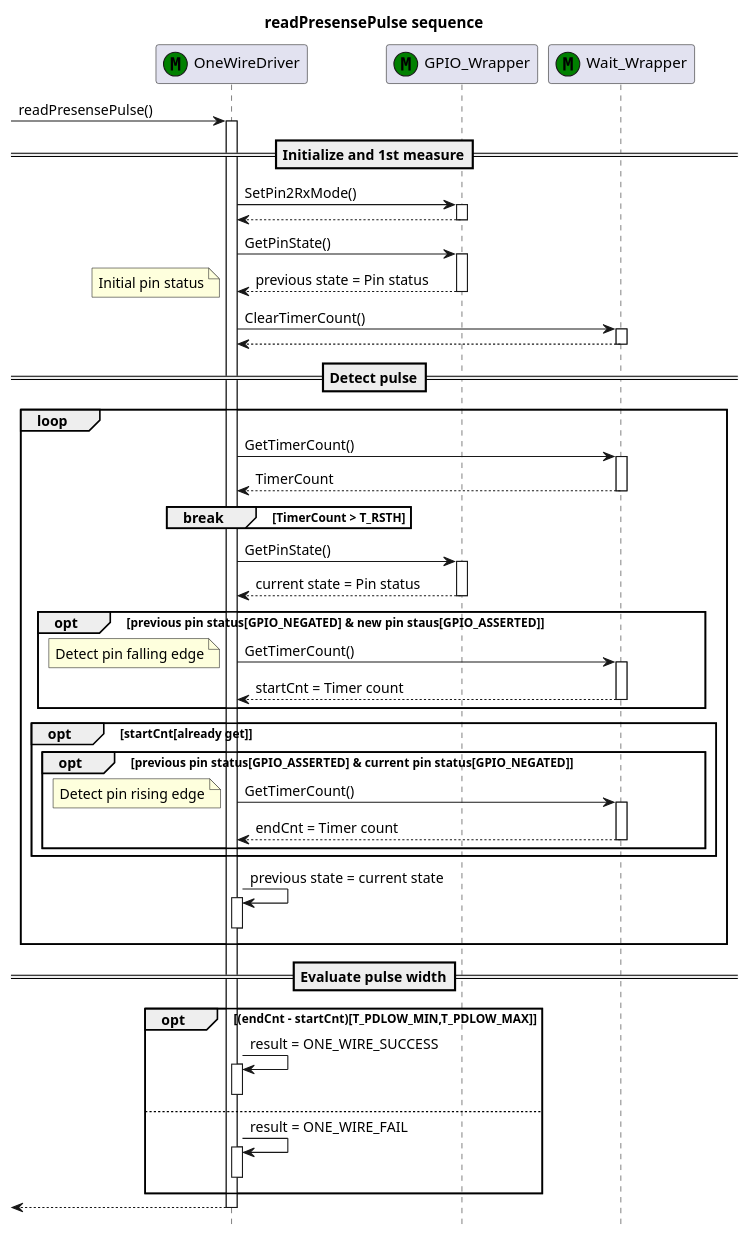
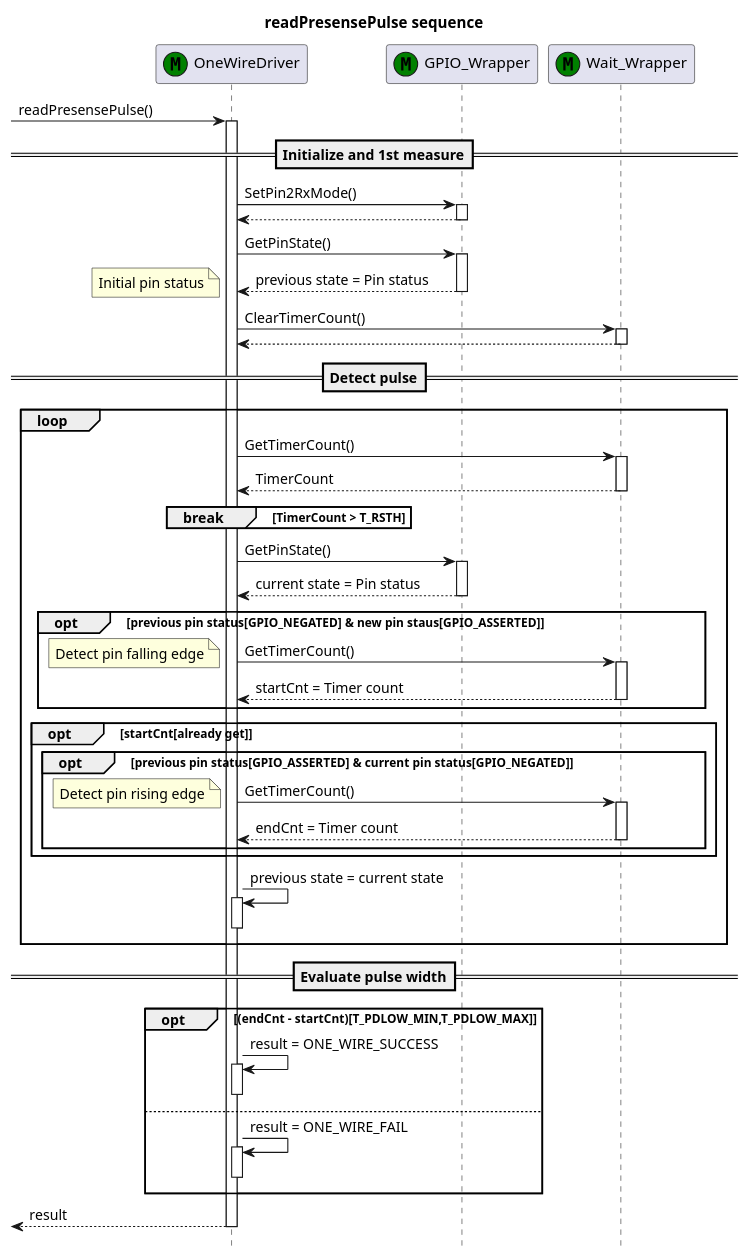
One commit to ShujiMikami/OneWireDriver changed the diagram in DesignDocuments/UML/Sequence/readPresensePulse.plantuml. Above: the diagram before and after it, drawn with PlantUML.

Commit message:
戻り値がなかったのを修正

```diff
--- a/DesignDocuments/UML/Sequence/readPresensePulse.plantuml
+++ b/DesignDocuments/UML/Sequence/readPresensePulse.plantuml
@@ -1,90 +1,90 @@
 @startuml
 
 hide footbox
 
 title readPresensePulse sequence
 
 participant "OneWireDriver" as ModuleOneWireDriver<<M,Green>>[[../Class/OneWireDriver.svg]]
 participant "GPIO_Wrapper" as ModuleGPIO_Wrapper<<M,Green>>[[../Class/OneWireDriver.svg]]
 participant "Wait_Wrapper" as ModuleWait_Wrapper<<M,Green>>[[../Class/OneWireDriver.svg]]
 
 
 -> ModuleOneWireDriver : readPresensePulse()
   activate ModuleOneWireDriver
 
 ==Initialize and 1st measure==
 ModuleOneWireDriver -> ModuleGPIO_Wrapper : SetPin2RxMode()
   activate ModuleGPIO_Wrapper
 ModuleOneWireDriver <-- ModuleGPIO_Wrapper
   deactivate ModuleGPIO_Wrapper
 
 ModuleOneWireDriver -> ModuleGPIO_Wrapper : GetPinState()
   activate ModuleGPIO_Wrapper
 ModuleOneWireDriver <-- ModuleGPIO_Wrapper : previous state = Pin status
 note left
   Initial pin status
 end note
   deactivate ModuleGPIO_Wrapper
 
 ModuleOneWireDriver -> ModuleWait_Wrapper : ClearTimerCount()
   activate ModuleWait_Wrapper
 ModuleOneWireDriver <-- ModuleWait_Wrapper
   deactivate ModuleWait_Wrapper
 
 ==Detect pulse==
 loop
   ModuleOneWireDriver -> ModuleWait_Wrapper : GetTimerCount()
     activate ModuleWait_Wrapper
   ModuleOneWireDriver <-- ModuleWait_Wrapper : TimerCount
     deactivate ModuleWait_Wrapper
 
   break TimerCount > T_RSTH
   end
 
   ModuleOneWireDriver -> ModuleGPIO_Wrapper : GetPinState()
     activate ModuleGPIO_Wrapper
   ModuleOneWireDriver <-- ModuleGPIO_Wrapper : current state = Pin status
     deactivate ModuleGPIO_Wrapper
 
   opt previous pin status[GPIO_NEGATED] & new pin staus[GPIO_ASSERTED]
     ModuleOneWireDriver -> ModuleWait_Wrapper : GetTimerCount()
     note left
       Detect pin falling edge
     end note
       activate ModuleWait_Wrapper
     ModuleOneWireDriver <-- ModuleWait_Wrapper : startCnt = Timer count
       deactivate ModuleWait_Wrapper
   end
 
   opt startCnt[already get]
     opt previous pin status[GPIO_ASSERTED] & current pin status[GPIO_NEGATED]
       ModuleOneWireDriver -> ModuleWait_Wrapper : GetTimerCount()
       note left
         Detect pin rising edge
       end note
         activate ModuleWait_Wrapper
       ModuleOneWireDriver <-- ModuleWait_Wrapper : endCnt = Timer count
         deactivate ModuleWait_Wrapper
     end
   end
 
   ModuleOneWireDriver -> ModuleOneWireDriver : previous state = current state
     activate ModuleOneWireDriver
     deactivate ModuleOneWireDriver
 end
 
 ==Evaluate pulse width==
 opt (endCnt - startCnt)[T_PDLOW_MIN,T_PDLOW_MAX]
   ModuleOneWireDriver -> ModuleOneWireDriver : result = ONE_WIRE_SUCCESS
     activate ModuleOneWireDriver
     deactivate ModuleOneWireDriver
 else
   ModuleOneWireDriver -> ModuleOneWireDriver : result = ONE_WIRE_FAIL
     activate ModuleOneWireDriver
     deactivate ModuleOneWireDriver
 end
 
-<-- ModuleOneWireDriver
+<-- ModuleOneWireDriver : result
   deactivate ModuleOneWireDriver
 
 @enduml
```
